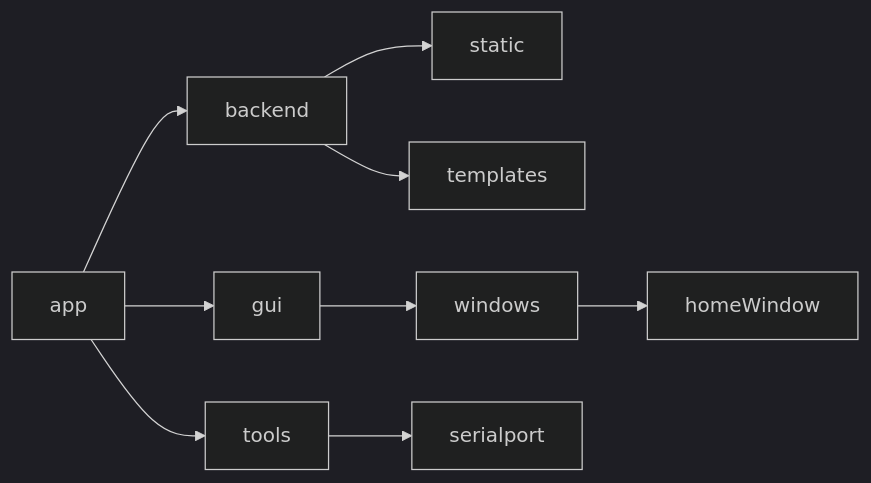
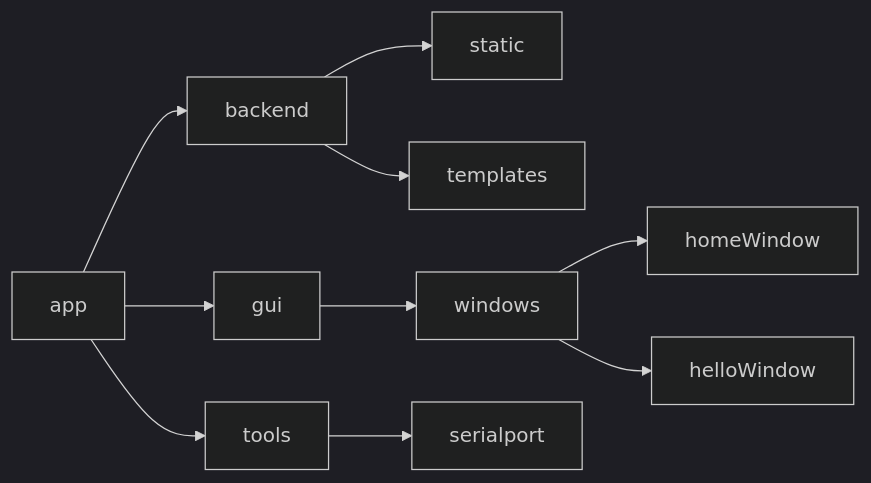
Before and after one commit to lightingra/pyserialTools: the diagram in README.md, drawn with Mermaid (dark theme). The commit also changed 1 other file, not shown here.

````diff
--- a/README.md
+++ b/README.md
@@ -23,10 +23,11 @@
 ```mermaid
 graph LR
     app --> backend
             backend --> static
             backend --> templates
     app --> gui
             gui --> windows --> homeWindow
+                    windows --> helloWindow
     app --> tools
             tools --> serialport
 ```
````
